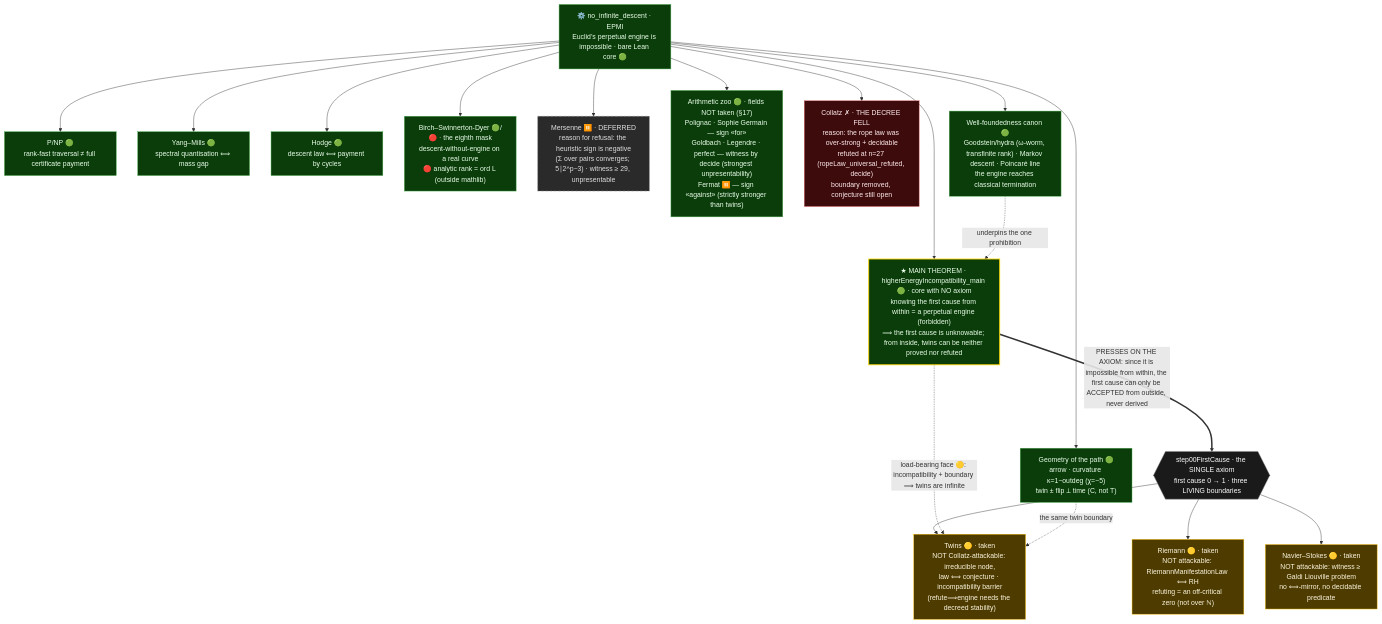
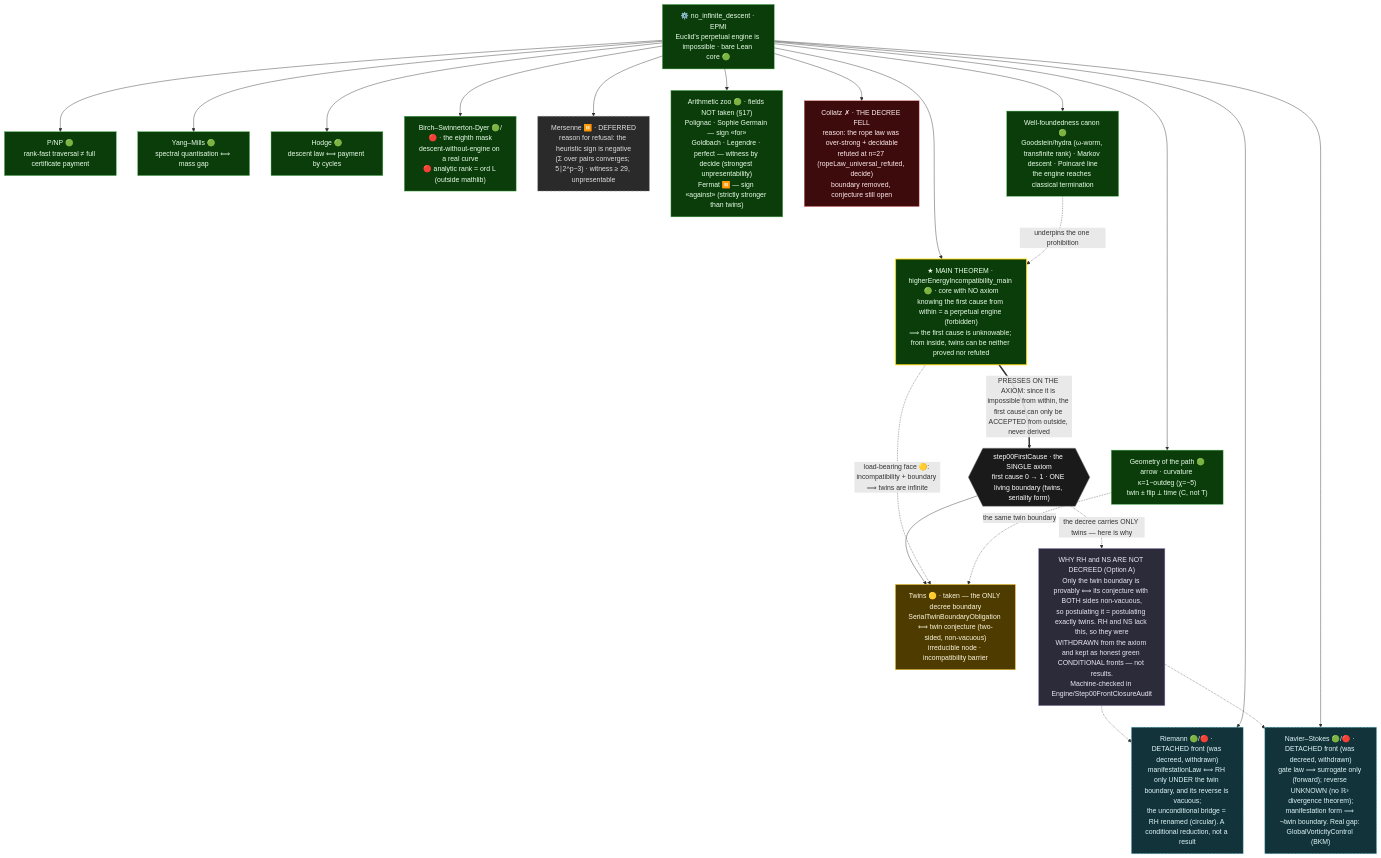
Before and after one commit to elamaunt/Euclids-path: the diagram in README.md, drawn with Mermaid. The commit also changed other lines of this file and 3 other files, not shown here.

First line of the commit message:
Docs: graph WHY block + honest RH/NS detachment status (README EN+RU), taint 47->16

````diff
--- a/README.md
+++ b/README.md
@@ -79,41 +79,51 @@
 ```mermaid
 flowchart TD
     ROOT["⚙️ no_infinite_descent · EPMI<br/>Euclid’s perpetual engine is impossible · bare Lean core 🟢"]
 
     ROOT --> MT["★ MAIN THEOREM · higherEnergyIncompatibility_main 🟢 · core with NO axiom<br/>knowing the first cause from within = a perpetual engine (forbidden)<br/>⟹ the first cause is unknowable; from inside, twins can be neither proved nor refuted"]
-    MT ==>|"PRESSES ON THE AXIOM: since it is impossible from within, the first cause can only be ACCEPTED from outside, never derived"| FC{{"step00FirstCause · the SINGLE axiom<br/>first cause 0 → 1 · three LIVING boundaries"}}
+    MT ==>|"PRESSES ON THE AXIOM: since it is impossible from within, the first cause can only be ACCEPTED from outside, never derived"| FC{{"step00FirstCause · the SINGLE axiom<br/>first cause 0 → 1 · ONE living boundary (twins, seriality form)"}}
 
-    FC --> TP["Twins 🟡 · taken<br/>NOT Collatz-attackable: irreducible node,<br/>law ⟺ conjecture · incompatibility barrier<br/>(refute⟹engine needs the decreed stability)"]
-    FC --> RH["Riemann 🟡 · taken<br/>NOT attackable: RiemannManifestationLaw ⟺ RH<br/>refuting = an off-critical zero (not over ℕ)"]
-    FC --> NS["Navier–Stokes 🟡 · taken<br/>NOT attackable: witness ≥ Galdi Liouville problem<br/>no ⟺-mirror, no decidable predicate"]
+    FC --> TP["Twins 🟡 · taken — the ONLY decree boundary<br/>SerialTwinBoundaryObligation ⟺ twin conjecture (two-sided, non-vacuous)<br/>irreducible node · incompatibility barrier"]
     MT -.->|"load-bearing face 🟡: incompatibility + boundary ⟹ twins are infinite"| TP
+
+    FC -.->|"the decree carries ONLY twins — here is why"| WHY
+    WHY["WHY RH and NS ARE NOT DECREED (Option A)<br/>Only the twin boundary is provably ⟺ its conjecture with BOTH sides non-vacuous,<br/>so postulating it = postulating exactly twins. RH and NS lack this, so they were<br/>WITHDRAWN from the axiom and kept as honest green CONDITIONAL fronts — not results.<br/>Machine-checked in Engine/Step00FrontClosureAudit"]
+    WHY -.-> RH
+    WHY -.-> NS
+
+    ROOT --> RH["Riemann 🟢/🔴 · DETACHED front (was decreed, withdrawn)<br/>manifestationLaw ⟺ RH only UNDER the twin boundary, and its reverse is vacuous;<br/>the unconditional bridge = RH renamed (circular). A conditional reduction, not a result"]
+    ROOT --> NS["Navier–Stokes 🟢/🔴 · DETACHED front (was decreed, withdrawn)<br/>gate law ⟹ surrogate only (forward); reverse UNKNOWN (no ℝ³ divergence theorem);<br/>manifestation form ⟹ ¬twin boundary. Real gap: GlobalVorticityControl (BKM)"]
 
     ROOT --> PNP["P/NP 🟢<br/>rank-fast traversal ≠ full certificate payment"]
     ROOT --> YM["Yang–Mills 🟢<br/>spectral quantisation ⟺ mass gap"]
     ROOT --> HC["Hodge 🟢<br/>descent law ⟺ payment by cycles"]
     ROOT --> BSD["Birch–Swinnerton-Dyer 🟢/🔴 · the eighth mask<br/>descent-without-engine on a real curve<br/>🔴 analytic rank = ord L (outside mathlib)"]
 
     ROOT --> MP["Mersenne ⏸️ · DEFERRED<br/>reason for refusal: the heuristic sign is negative<br/>(Σ over pairs converges; 5∣2^p−3) · witness ≥ 29, unpresentable"]
     ROOT --> ZOO["Arithmetic zoo 🟢 · fields NOT taken (§17)<br/>Polignac · Sophie Germain — sign «for»<br/>Goldbach · Legendre · perfect — witness by decide (strongest unpresentability)<br/>Fermat ⏸️ — sign «against» (strictly stronger than twins)"]
 
     ROOT --> CL["Collatz ✗ · THE DECREE FELL<br/>reason: the rope law was over-strong + decidable<br/>refuted at n=27 (ropeLaw_universal_refuted, decide)<br/>boundary removed, conjecture still open"]
 
     ROOT --> GEO["Geometry of the path 🟢<br/>arrow · curvature κ=1−outdeg (χ=−5)<br/>twin ± flip ⟂ time (C, not T)"]
     GEO -. the same twin boundary .-> TP
 
     ROOT --> WF["Well-foundedness canon 🟢<br/>Goodstein/hydra (ω-worm, transfinite rank) · Markov descent · Poincaré line<br/>the engine reaches classical termination"]
     WF -. underpins the one prohibition .-> MT
 
     classDef green fill:#0b3d0b,stroke:#4caf50,color:#eaffea;
     classDef apex fill:#0b3d0b,stroke:#ffd700,stroke-width:2px,color:#eaffea;
     classDef yellow fill:#4d3b00,stroke:#ffc107,color:#fff8e1;
     classDef deferred fill:#2a2a2a,stroke:#9e9e9e,color:#e0e0e0,stroke-dasharray: 6 4;
     classDef fallen fill:#3d0b0b,stroke:#e57373,color:#ffebee;
     classDef rootnode fill:#1a1a1a,stroke:#888,color:#ffffff;
+    classDef detached fill:#12333a,stroke:#4dd0e1,color:#e0f7fa,stroke-dasharray: 5 3;
+    classDef note fill:#2b2b3a,stroke:#b39ddb,color:#ede7f6;
     class ROOT,PNP,YM,HC,BSD,ZOO,GEO,WF green;
     class MT apex;
-    class TP,RH,NS yellow;
+    class TP yellow;
+    class RH,NS detached;
+    class WHY note;
     class MP deferred;
     class CL fallen;
     class FC rootnode;
 ```
````
